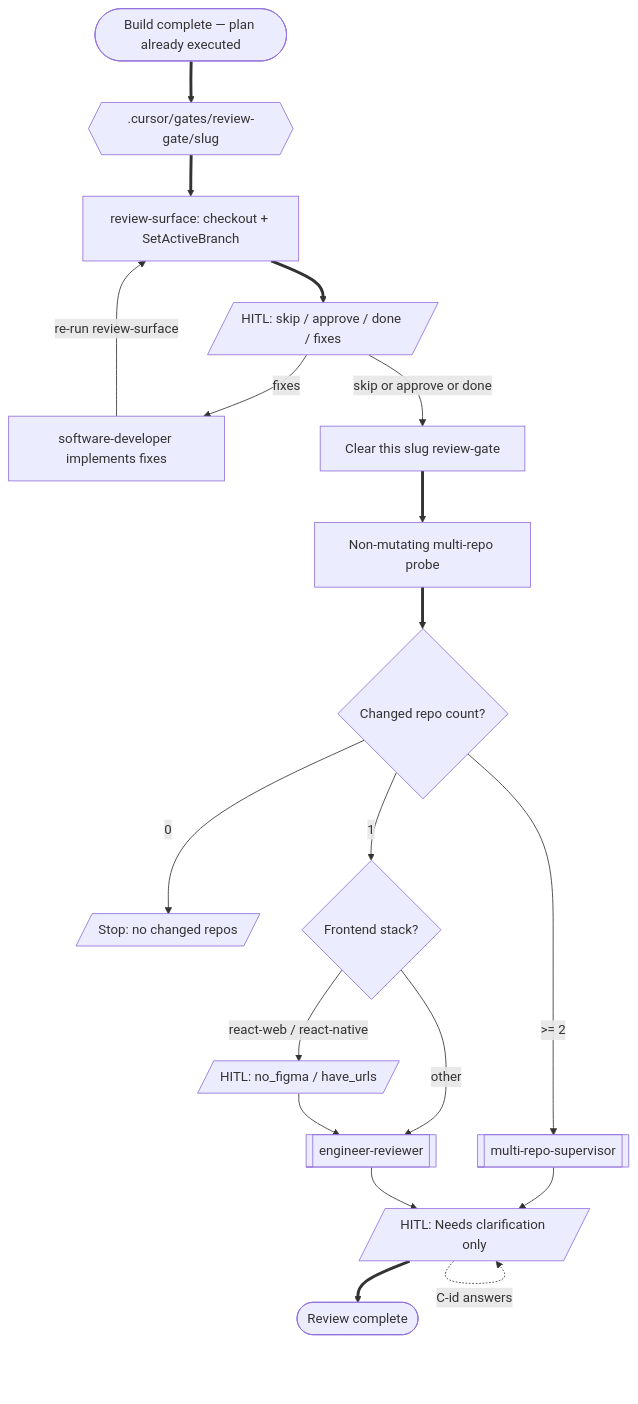
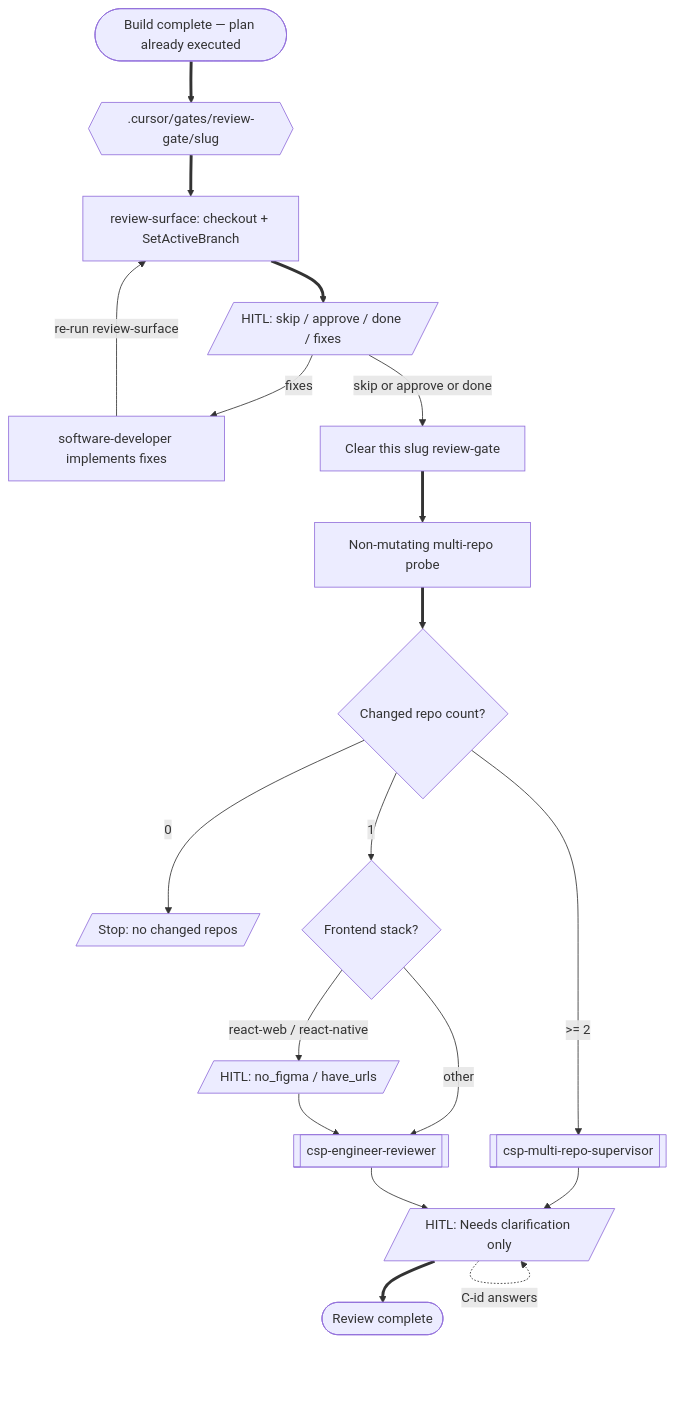
One commit to a-trembak/cursor-spells changed the sixth of 14 diagrams in docs/superpowers/pipeline-flow.md. Above: the diagram before and after it, drawn with Mermaid. The commit also changed other lines of this file and 227 other files, not shown here.

````diff
--- a/docs/superpowers/pipeline-flow.md
+++ b/docs/superpowers/pipeline-flow.md
@@ -324,37 +324,37 @@
 ```mermaid
 flowchart TD
   planDone(["Build complete — plan already executed"])
   writeReview{{".cursor/gates/review-gate/slug"}}
   surface["review-surface: checkout + SetActiveBranch"]
   hitlFinish[/"HITL: skip / approve / done / fixes"/]
   doFixes["software-developer implements fixes"]
   delReview["Clear this slug review-gate"]
   probe["Non-mutating multi-repo probe"]
   repoCount{Changed repo count?}
   stopZero[/"Stop: no changed repos"/]
-  multi[["multi-repo-supervisor"]]
+  multi[["csp-multi-repo-supervisor"]]
   singleFrontend{Frontend stack?}
   figmaHitl[/"HITL: no_figma / have_urls"/]
-  single[["engineer-reviewer"]]
+  single[["csp-engineer-reviewer"]]
   clarify[/"HITL: Needs clarification only"/]
   reviewed(["Review complete"])
 
   planDone ==> writeReview
   writeReview ==> surface
   surface ==> hitlFinish
   hitlFinish -->|"fixes"| doFixes
   doFixes -->|"re-run review-surface"| surface
   hitlFinish -->|"skip or approve or done"| delReview
   delReview ==> probe
   probe ==> repoCount
   repoCount -->|"0"| stopZero
   repoCount -->|">= 2"| multi
   repoCount -->|"1"| singleFrontend
   singleFrontend -->|"react-web / react-native"| figmaHitl
   singleFrontend -->|"other"| single
   figmaHitl --> single
   multi --> clarify
   single --> clarify
   clarify -.->|"C-id answers"| clarify
   clarify ==> reviewed
 ```
````
